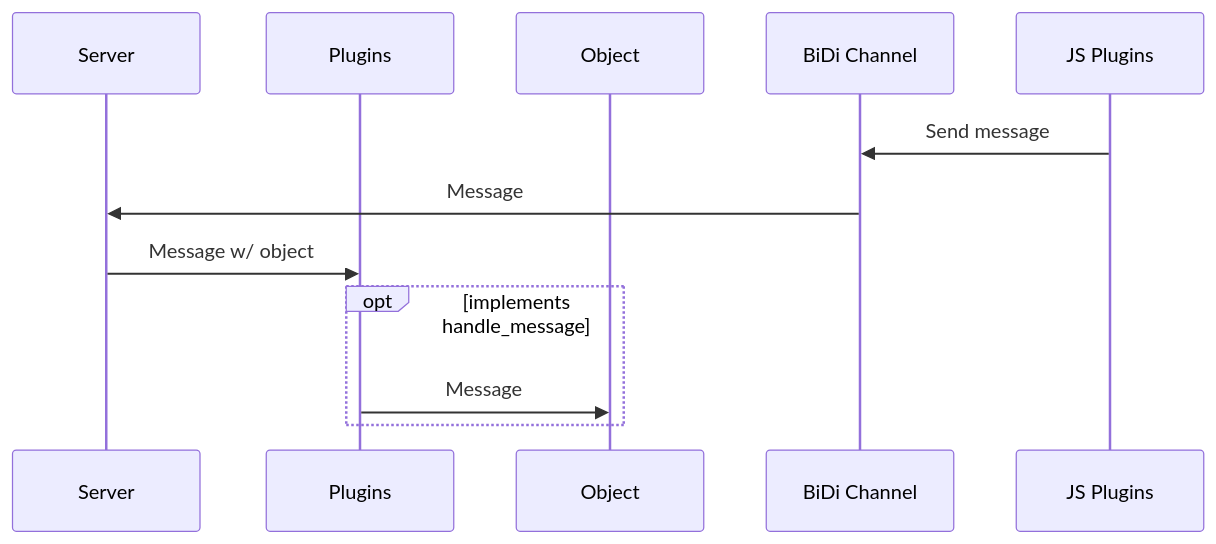
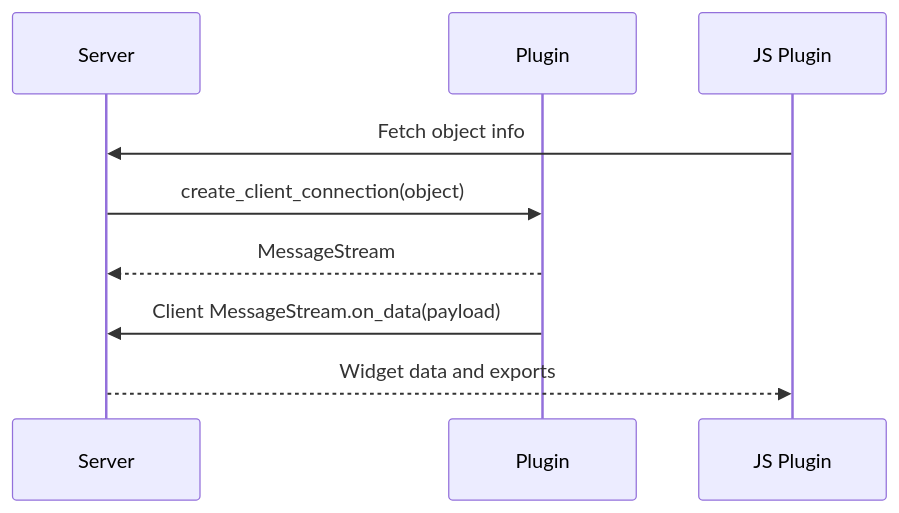
Before and after one commit to deephaven/deephaven-js-plugins: the third of 3 diagrams in ARCHITECTURE.md, drawn with Mermaid. The commit also changed other lines of this file, not shown here.

Commit message:
Update to match final bidi architecture

````diff
--- a/ARCHITECTURE.md
+++ b/ARCHITECTURE.md
@@ -63,14 +69,11 @@
 ```mermaid
 sequenceDiagram
   participant S as Server
-  participant P as Plugins
-  participant O as Object
-  participant B as BiDi Channel
-  participant J as JS Plugins
-  J ->> B: Send message
-  B ->> S: Message
-  S ->> P: Message w/ object
-  opt implements handle_message
-    P ->> O: Message
-  end
+  participant P as Plugin
+  participant J as JS Plugin
+  J ->> S: Fetch object info
+  S ->> P: create_client_connection(object)
+  P -->> S: MessageStream
+  P ->> S: Client MessageStream.on_data(payload)
+  S -->> J: Widget data and exports
 ```
````
